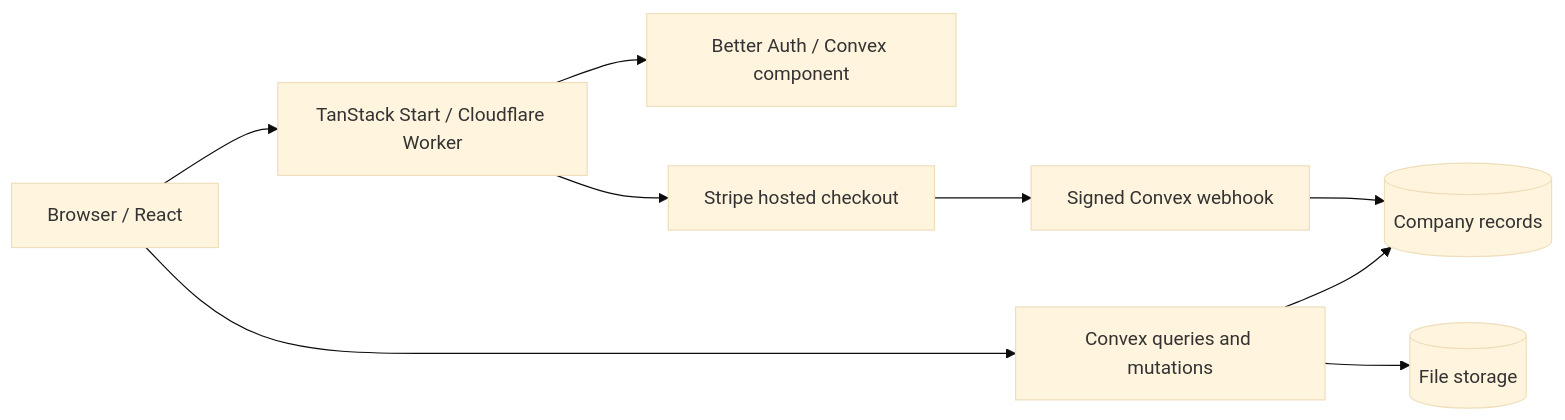
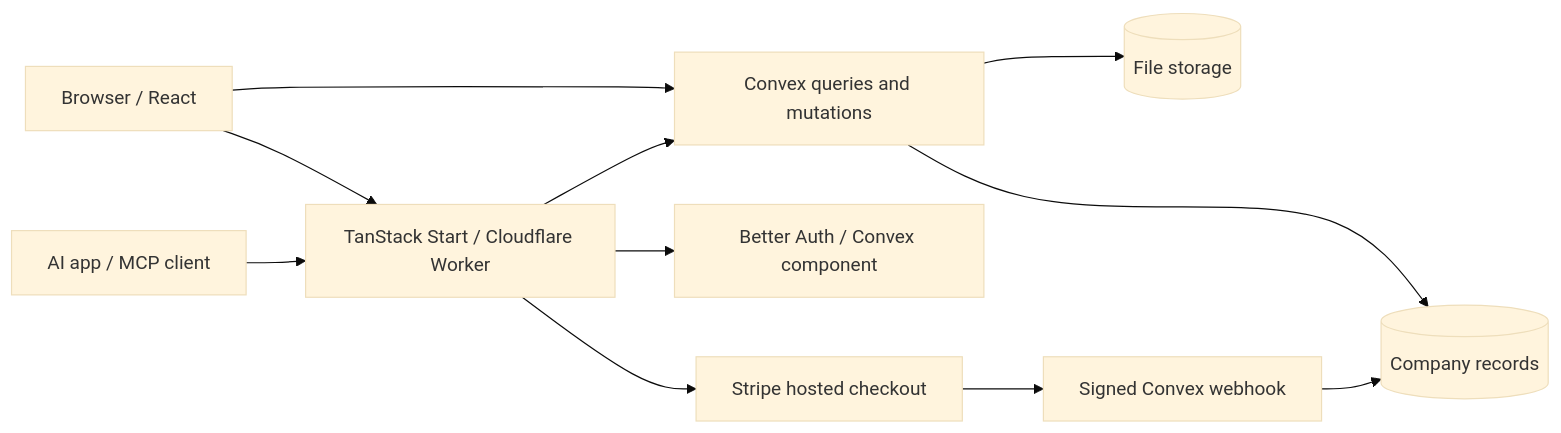
The diagram in docs/ARCHITECTURE.md (zain/capy), drawn with Mermaid (base theme) before and after one commit. The commit also changed other lines of this file and 82 other files, not shown here.

````diff
--- a/docs/ARCHITECTURE.md
+++ b/docs/ARCHITECTURE.md
@@ -5,11 +5,13 @@
 ```mermaid
 flowchart LR
   Browser[Browser / React] --> Web[TanStack Start / Cloudflare Worker]
   Browser --> Convex[Convex queries and mutations]
+  AI[AI app / MCP client] --> Web
+  Web --> Convex
   Web --> Auth[Better Auth / Convex component]
   Convex --> DB[(Company records)]
   Convex --> Files[(File storage)]
   Web --> Stripe[Stripe hosted checkout]
   Stripe --> Hooks[Signed Convex webhook]
   Hooks --> DB
 ```
````
